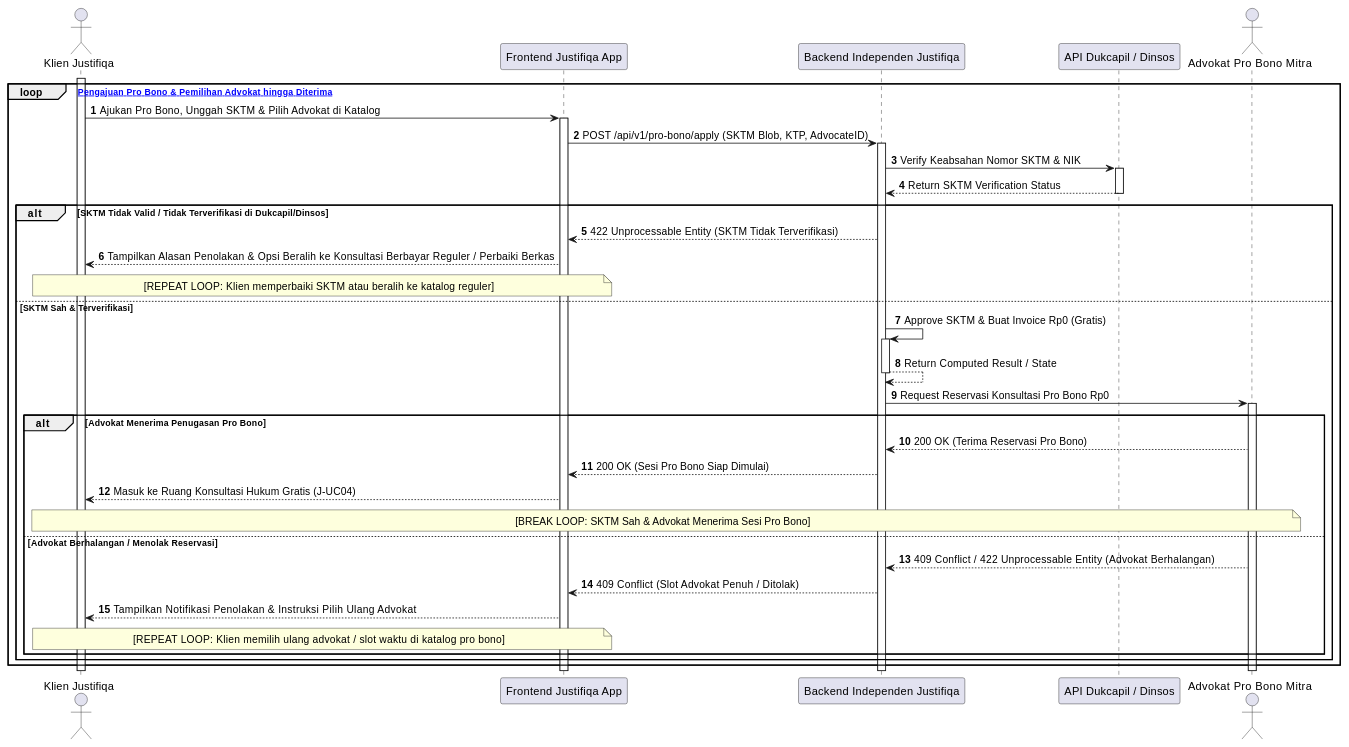
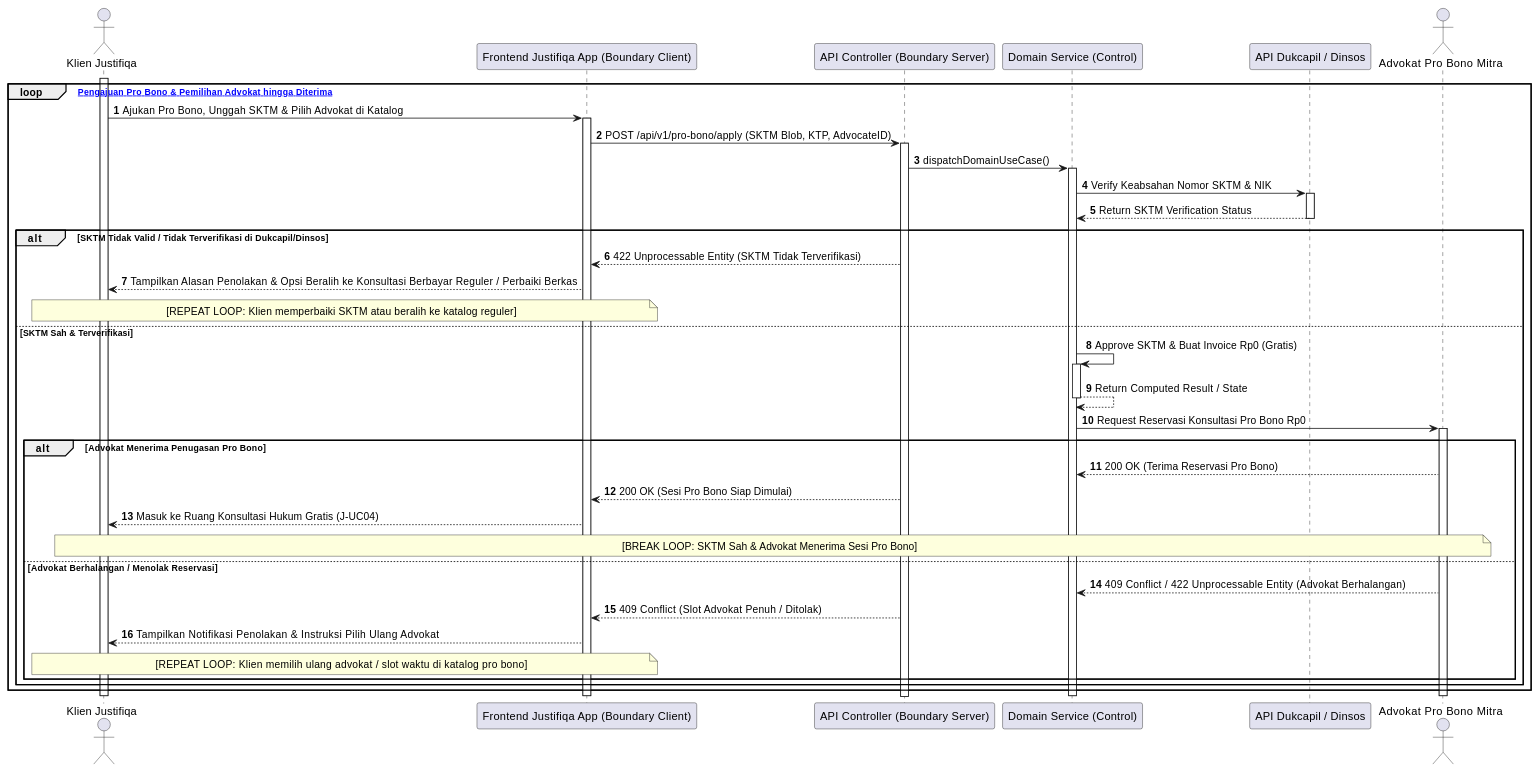
Before and after one commit to tupperwureism/SuperApp-Gagal: the seventh of 28 diagrams in MarkDown/plantuml_sequence_diagrams.md, drawn with PlantUML. The commit also changed other lines of this file and 1 other file, not shown here.

Commit message:
refactor(sequence-diagrams): upgrade all 28 Sequence Diagrams to Component-Level 5-Lifeline BCE Architecture

````diff
--- a/MarkDown/plantuml_sequence_diagrams.md
+++ b/MarkDown/plantuml_sequence_diagrams.md
@@ -645,44 +414,47 @@
 ```plantuml
 @startuml
 autonumber
 actor "Klien Justifiqa" as Klien
-participant "Frontend Justifiqa App" as FE
-participant "Backend Independen Justifiqa" as BE
+participant "Frontend Justifiqa App (Boundary Client)" as B_FE
+participant "API Controller (Boundary Server)" as B_BE
+participant "Domain Service (Control)" as C_Svc
+participant "Backend Independen Justifiqa" as C_Svc
 participant "API Dukcapil / Dinsos" as Ext
 actor "Advokat Pro Bono Mitra" as Mitra
 
 activate Klien
 loop [Percobaan Pengajuan Pro Bono & Pemilihan Advokat hingga Diterima]
-    Klien -> FE ++ : Ajukan Pro Bono, Unggah SKTM & Pilih Advokat di Katalog
-    FE -> BE ++ : POST /api/v1/pro-bono/apply (SKTM Blob, KTP, AdvocateID)
-    BE -> Ext ++ : Verify Keabsahan Nomor SKTM & NIK
-    Ext --> BE -- : Return SKTM Verification Status
+    Klien -> B_FE ++ : Ajukan Pro Bono, Unggah SKTM & Pilih Advokat di Katalog
+    B_FE -> B_BE ++ : POST /api/v1/pro-bono/apply (SKTM Blob, KTP, AdvocateID)
+    B_BE -> C_Svc ++ : dispatchDomainUseCase()
+    C_Svc -> Ext ++ : Verify Keabsahan Nomor SKTM & NIK
+    Ext --> C_Svc -- : Return SKTM Verification Status
 
     alt SKTM Tidak Valid / Tidak Terverifikasi di Dukcapil/Dinsos
-        BE --> FE : 422 Unprocessable Entity (SKTM Tidak Terverifikasi)
-        FE --> Klien : Tampilkan Alasan Penolakan & Opsi Beralih ke Konsultasi Berbayar Reguler / Perbaiki Berkas
-        note over Klien, FE : [REPEAT LOOP: Klien memperbaiki SKTM atau beralih ke katalog reguler]
+        B_BE --> B_FE : 422 Unprocessable Entity (SKTM Tidak Terverifikasi)
+        B_FE --> Klien : Tampilkan Alasan Penolakan & Opsi Beralih ke Konsultasi Berbayar Reguler / Perbaiki Berkas
+        note over Klien, B_FE : [REPEAT LOOP: Klien memperbaiki SKTM atau beralih ke katalog reguler]
     else SKTM Sah & Terverifikasi
-        BE -> BE ++ : Approve SKTM & Buat Invoice Rp0 (Gratis)
-        BE --> BE -- : Return Computed Result / State
-        BE -> Mitra ++ : Request Reservasi Konsultasi Pro Bono Rp0
+        C_Svc -> C_Svc ++ : Approve SKTM & Buat Invoice Rp0 (Gratis)
+        C_Svc --> C_Svc -- : Return Computed Result / State
+        C_Svc -> Mitra ++ : Request Reservasi Konsultasi Pro Bono Rp0
         
         alt Advokat Menerima Penugasan Pro Bono
-            Mitra --> BE : 200 OK (Terima Reservasi Pro Bono)
-            BE --> FE : 200 OK (Sesi Pro Bono Siap Dimulai)
-            FE --> Klien : Masuk ke Ruang Konsultasi Hukum Gratis (J-UC04)
+            Mitra --> C_Svc : 200 OK (Terima Reservasi Pro Bono)
+            B_BE --> B_FE : 200 OK (Sesi Pro Bono Siap Dimulai)
+            B_FE --> Klien : Masuk ke Ruang Konsultasi Hukum Gratis (J-UC04)
             note over Klien, Mitra : [BREAK LOOP: SKTM Sah & Advokat Menerima Sesi Pro Bono]
         else Advokat Berhalangan / Menolak Reservasi
-            Mitra --> BE : 409 Conflict / 422 Unprocessable Entity (Advokat Berhalangan)
-            BE --> FE : 409 Conflict (Slot Advokat Penuh / Ditolak)
-            FE --> Klien : Tampilkan Notifikasi Penolakan & Instruksi Pilih Ulang Advokat
-            note over Klien, FE : [REPEAT LOOP: Klien memilih ulang advokat / slot waktu di katalog pro bono]
+            Mitra --> C_Svc : 409 Conflict / 422 Unprocessable Entity (Advokat Berhalangan)
+            B_BE --> B_FE : 409 Conflict (Slot Advokat Penuh / Ditolak)
+            B_FE --> Klien : Tampilkan Notifikasi Penolakan & Instruksi Pilih Ulang Advokat
+            note over Klien, B_FE : [REPEAT LOOP: Klien memilih ulang advokat / slot waktu di katalog pro bono]
         end
     end
 end
-deactivate BE
-deactivate FE
+deactivate C_Svc
+deactivate B_FE
 deactivate Klien
 deactivate Mitra
 @enduml
 ```
````
